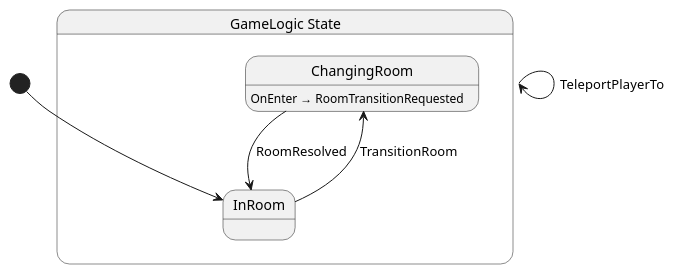
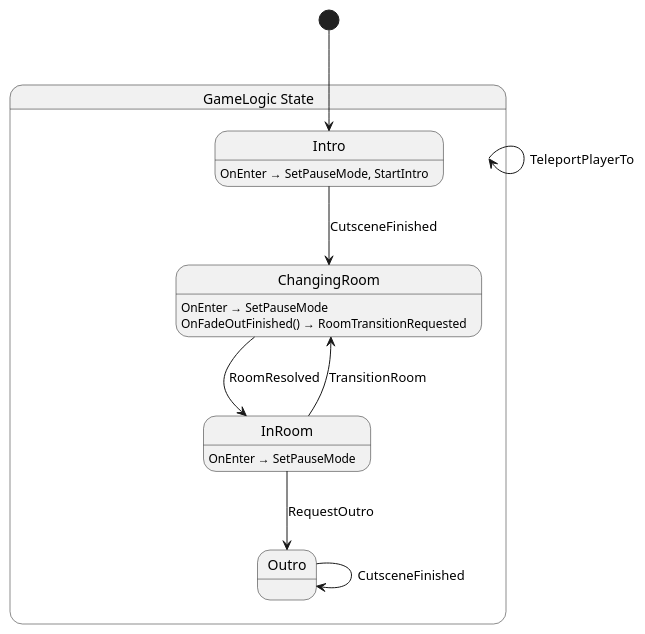
The diagram in src/game/state/GameLogic.g.puml (nilsiker/godot-wild-jam-77), drawn with PlantUML before and after one commit. The commit also changed 32 other files, not shown here.

```diff
--- a/src/game/state/GameLogic.g.puml
+++ b/src/game/state/GameLogic.g.puml
@@ -1,14 +1,22 @@
 @startuml GameLogic
 state "GameLogic State" as Nevergreen_GameLogic_State {
   state "ChangingRoom" as Nevergreen_GameLogic_State_ChangingRoom
   state "InRoom" as Nevergreen_GameLogic_State_InRoom
+  state "Intro" as Nevergreen_GameLogic_State_Intro
+  state "Outro" as Nevergreen_GameLogic_State_Outro
 }
 
 Nevergreen_GameLogic_State --> Nevergreen_GameLogic_State : TeleportPlayerTo
 Nevergreen_GameLogic_State_ChangingRoom --> Nevergreen_GameLogic_State_InRoom : RoomResolved
 Nevergreen_GameLogic_State_InRoom --> Nevergreen_GameLogic_State_ChangingRoom : TransitionRoom
+Nevergreen_GameLogic_State_InRoom --> Nevergreen_GameLogic_State_Outro : RequestOutro
+Nevergreen_GameLogic_State_Intro --> Nevergreen_GameLogic_State_ChangingRoom : CutsceneFinished
+Nevergreen_GameLogic_State_Outro --> Nevergreen_GameLogic_State_Outro : CutsceneFinished
 
-Nevergreen_GameLogic_State_ChangingRoom : OnEnter → RoomTransitionRequested
+Nevergreen_GameLogic_State_ChangingRoom : OnEnter → SetPauseMode
+Nevergreen_GameLogic_State_ChangingRoom : OnFadeOutFinished() → RoomTransitionRequested
+Nevergreen_GameLogic_State_InRoom : OnEnter → SetPauseMode
+Nevergreen_GameLogic_State_Intro : OnEnter → SetPauseMode, StartIntro
 
-[*] --> Nevergreen_GameLogic_State_InRoom
+[*] --> Nevergreen_GameLogic_State_Intro
 @enduml
```
